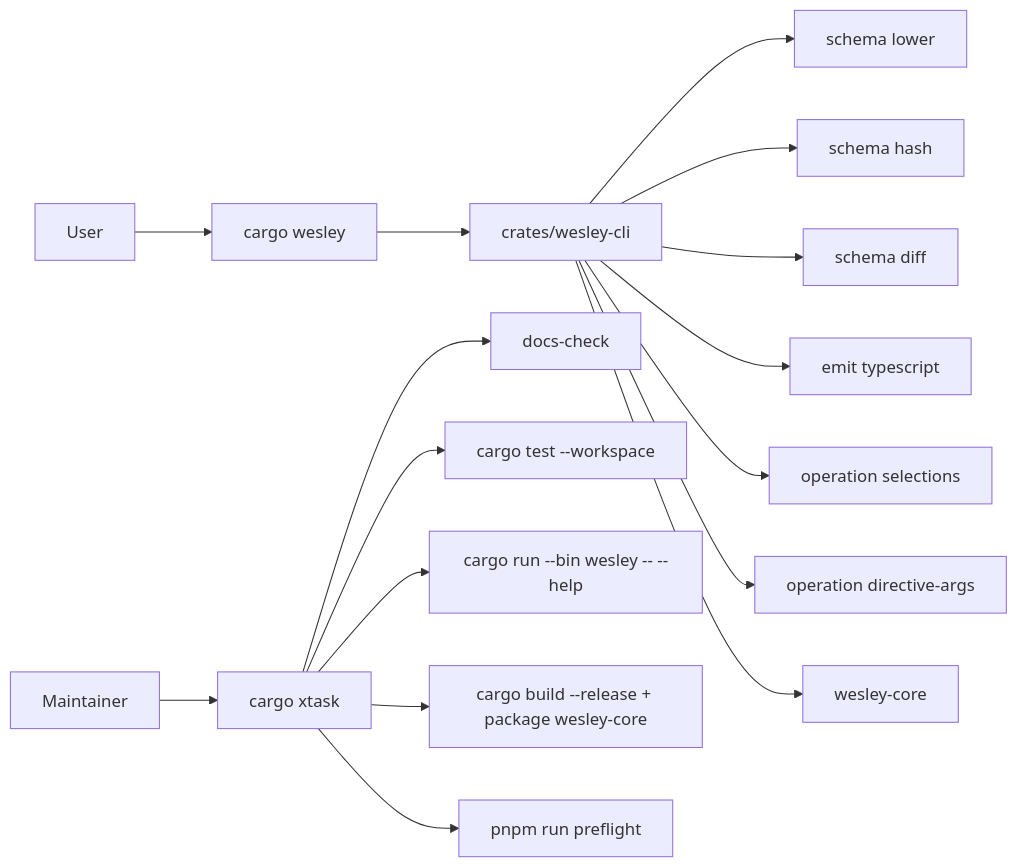
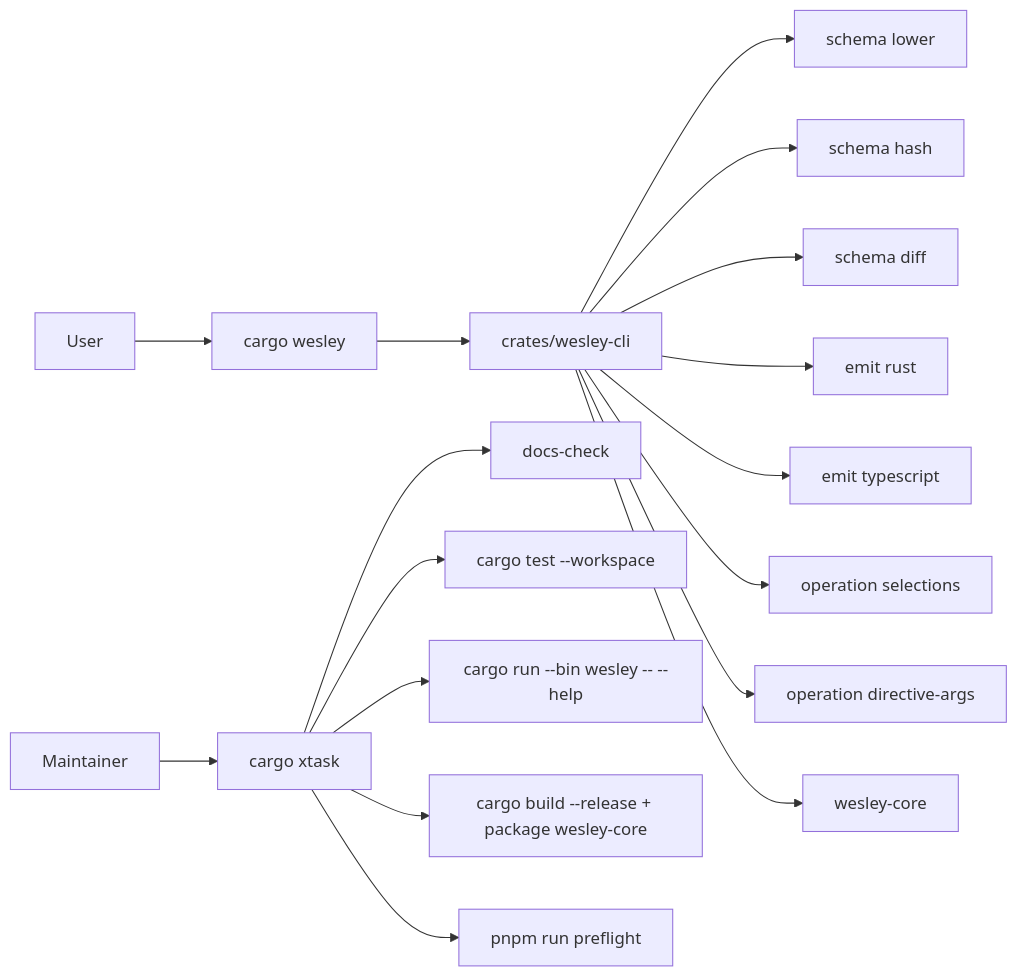
The fifth of 9 diagrams in docs/ARCHITECTURE.md (flyingrobots/wesley), drawn with Mermaid before and after one commit. The commit also changed other lines of this file and 15 other files, not shown here.

Commit message:
feat(emit): add rust model emitter

````diff
--- a/docs/ARCHITECTURE.md
+++ b/docs/ARCHITECTURE.md
@@ -357,19 +386,20 @@
 ```mermaid
 flowchart LR
     User --> CargoWesley[cargo wesley]
     CargoWesley --> WesleyBin[crates/wesley-cli]
     WesleyBin --> SchemaLower[schema lower]
     WesleyBin --> SchemaHash[schema hash]
     WesleyBin --> SchemaDiff[schema diff]
+    WesleyBin --> EmitRust[emit rust]
     WesleyBin --> EmitTypescript[emit typescript]
     WesleyBin --> OpSelections[operation selections]
     WesleyBin --> DirectiveArgs[operation directive-args]
     WesleyBin --> CoreFacts[wesley-core]
 
     Maintainer --> CargoXtask[cargo xtask]
     CargoXtask --> DocsCheck[docs-check]
     CargoXtask --> Tests[cargo test --workspace]
     CargoXtask --> NativeHelp[cargo run --bin wesley -- --help]
     CargoXtask --> Release[cargo build --release + package wesley-core]
     CargoXtask --> Legacy[pnpm run preflight]
 ```
````
